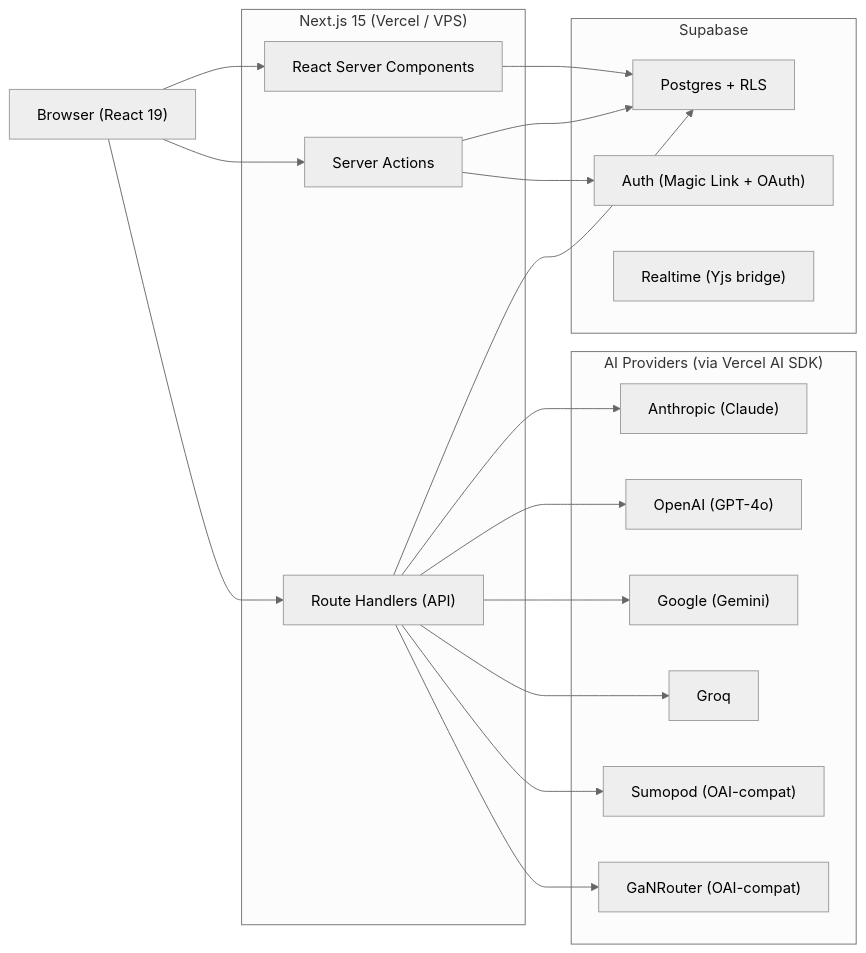
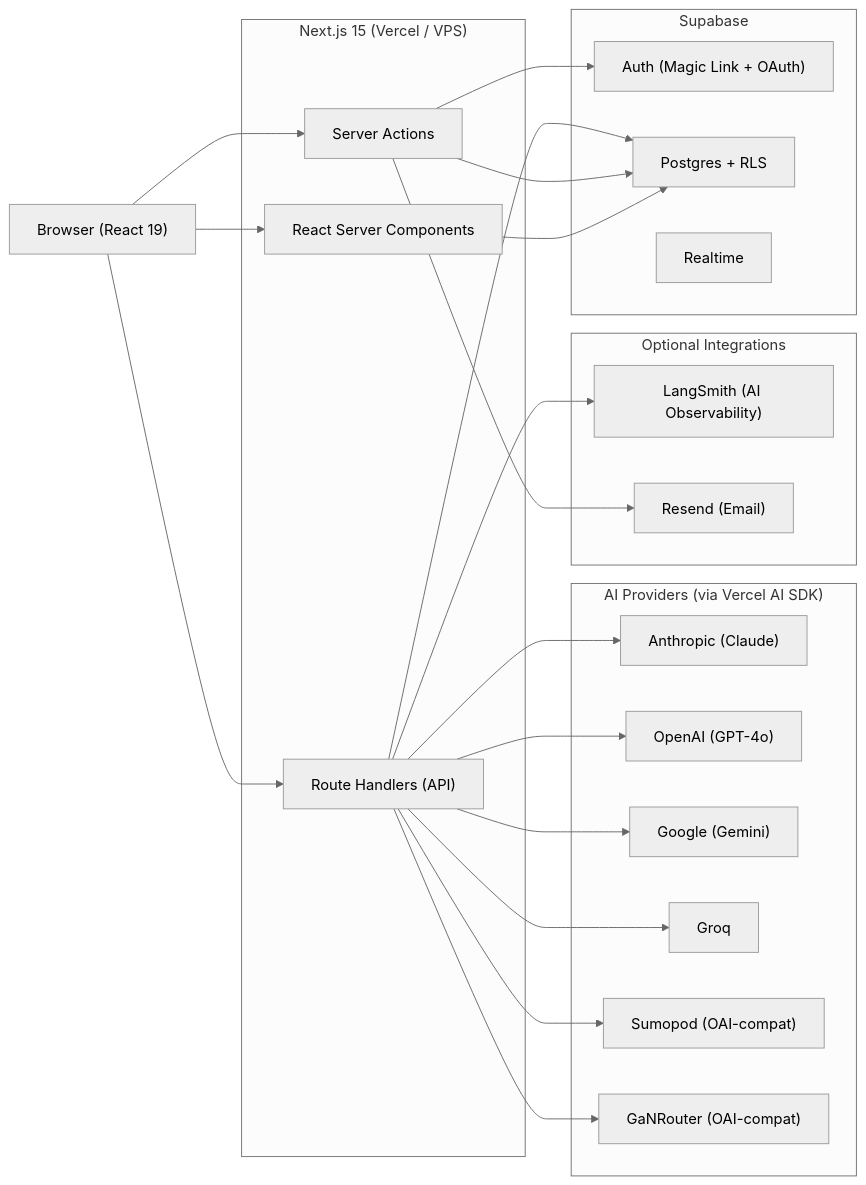
One commit to HakimIqbal/draftmind changed the first of 2 diagrams in docs/ARCHITECTURE.md. Above: the diagram before and after it, drawn with Mermaid (neutral theme). The commit also changed other lines of this file and 298 other files, not shown here.

````diff
--- a/docs/ARCHITECTURE.md
+++ b/docs/ARCHITECTURE.md
@@ -9,39 +9,46 @@
 ```mermaid
 graph LR
     Browser["Browser (React 19)"]
 
     subgraph "Next.js 15 (Vercel / VPS)"
         RSC["React Server Components"]
         SA["Server Actions"]
         RH["Route Handlers (API)"]
     end
 
     subgraph "Supabase"
         Auth["Auth (Magic Link + OAuth)"]
         DB["Postgres + RLS"]
-        RT["Realtime (Yjs bridge)"]
+        RT["Realtime"]
     end
 
     subgraph "AI Providers (via Vercel AI SDK)"
         Anthropic["Anthropic (Claude)"]
         OpenAI["OpenAI (GPT-4o)"]
         Google["Google (Gemini)"]
         Groq["Groq"]
         Sumopod["Sumopod (OAI-compat)"]
         GaNRouter["GaNRouter (OAI-compat)"]
+    end
+
+    subgraph "Optional Integrations"
+        LangSmith["LangSmith (AI Observability)"]
+        Resend["Resend (Email)"]
     end
 
     Browser --> RSC
     Browser --> SA
     Browser --> RH
     RSC --> DB
     SA --> DB
     SA --> Auth
     RH --> DB
     RH --> Anthropic
     RH --> OpenAI
     RH --> Google
     RH --> Groq
     RH --> Sumopod
     RH --> GaNRouter
+    RH --> LangSmith
+    SA --> Resend
 ```
````
